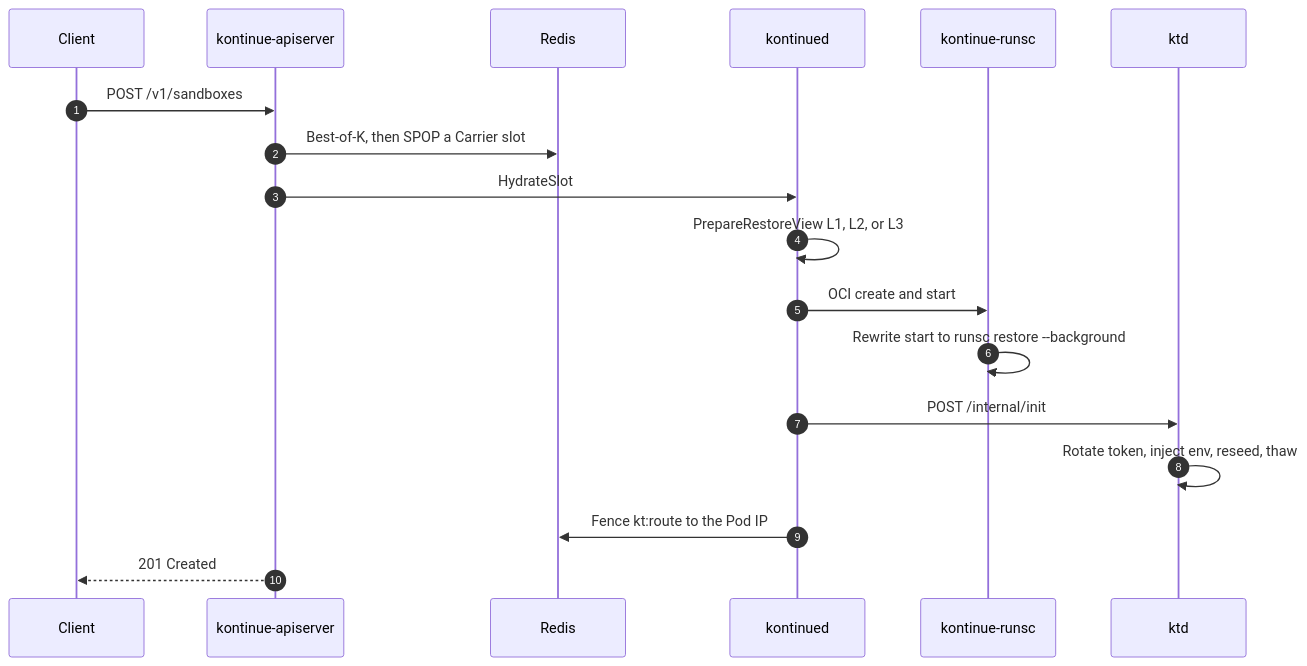
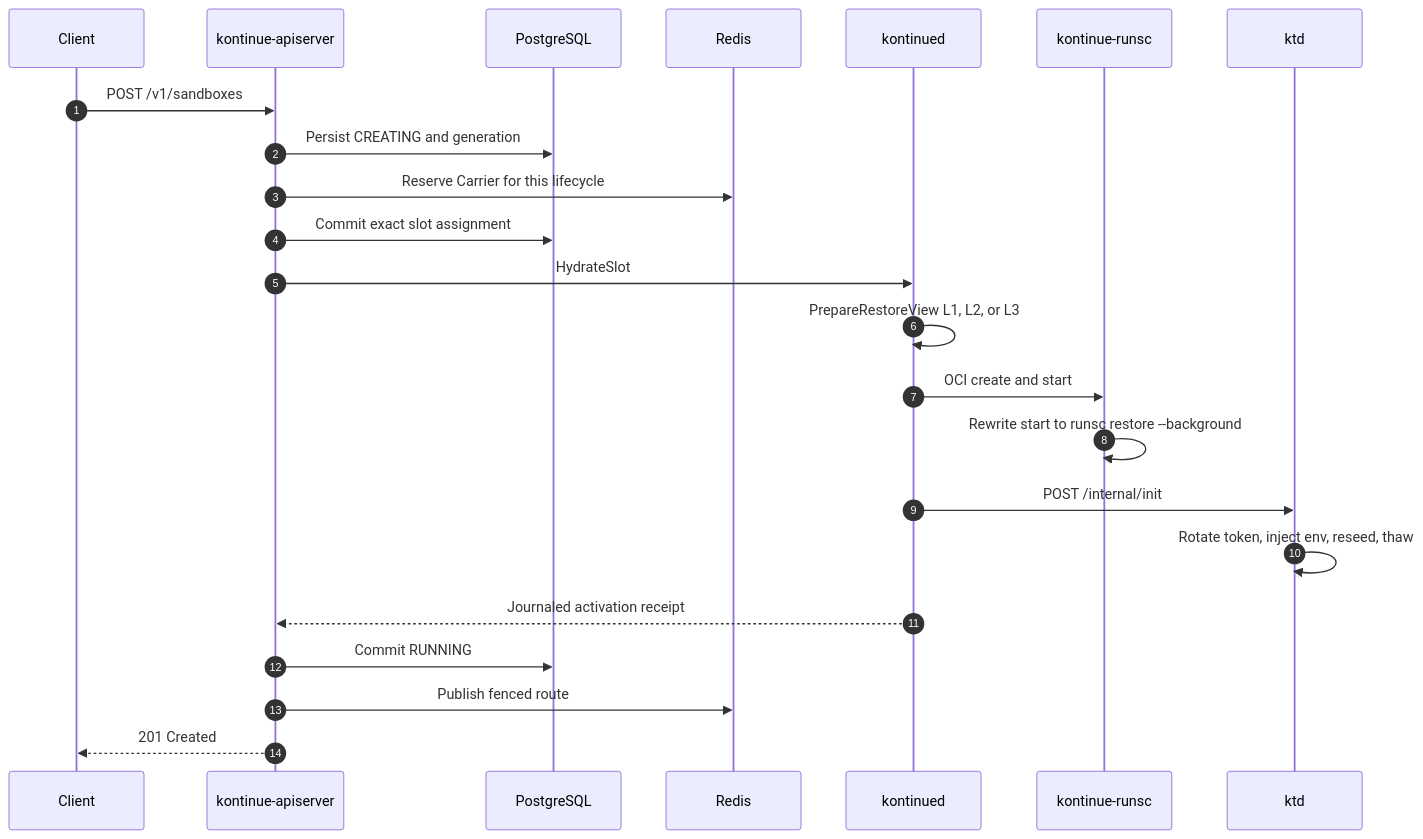
The diagram in docs/TEMPLATE_TO_SANDBOX.md (lingdie/kontinue), drawn with Mermaid before and after one commit. The commit also changed other lines of this file and 4 other files, not shown here.

````diff
--- a/docs/TEMPLATE_TO_SANDBOX.md
+++ b/docs/TEMPLATE_TO_SANDBOX.md
@@ -19,21 +19,26 @@
 ```mermaid
 sequenceDiagram
     autonumber
     participant Client
     participant API as kontinue-apiserver
+    participant DB as PostgreSQL
     participant Redis
     participant Node as kontinued
     participant Runsc as kontinue-runsc
     participant Ktd as ktd
 
     Client->>API: POST /v1/sandboxes
-    API->>Redis: Best-of-K, then SPOP a Carrier slot
+    API->>DB: Persist CREATING and generation
+    API->>Redis: Reserve Carrier for this lifecycle
+    API->>DB: Commit exact slot assignment
     API->>Node: HydrateSlot
     Node->>Node: PrepareRestoreView L1, L2, or L3
     Node->>Runsc: OCI create and start
     Runsc->>Runsc: Rewrite start to runsc restore --background
     Node->>Ktd: POST /internal/init
     Ktd->>Ktd: Rotate token, inject env, reseed, thaw
-    Node->>Redis: Fence kt:route to the Pod IP
+    Node-->>API: Journaled activation receipt
+    API->>DB: Commit RUNNING
+    API->>Redis: Publish fenced route
     API-->>Client: 201 Created
 ```
````
